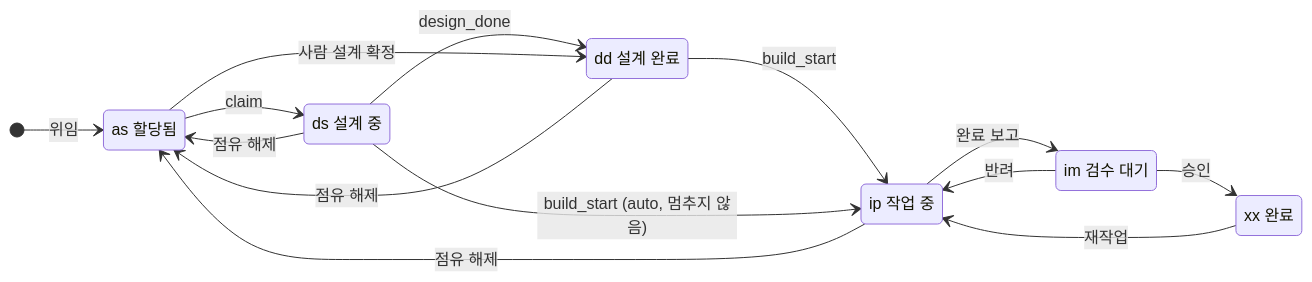
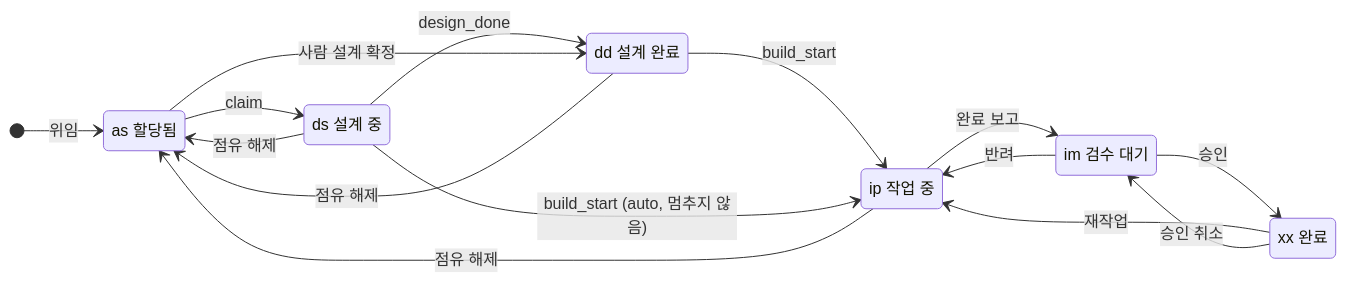
One commit to donseok/wbs-web changed the fourth of 4 diagrams in docs/superpowers/specs/2026-09-26-design-state-dev-auto-design.md. Above: the diagram before and after it, drawn with Mermaid. The commit also changed other lines of this file, not shown here.

````diff
--- a/docs/superpowers/specs/2026-09-26-design-state-dev-auto-design.md
+++ b/docs/superpowers/specs/2026-09-26-design-state-dev-auto-design.md
@@ -177,23 +189,24 @@
 ```mermaid
 stateDiagram-v2
     direction LR
     as: as 할당됨
     ds: ds 설계 중
     dd: dd 설계 완료
     ip: ip 작업 중
     im: im 검수 대기
     xx: xx 완료
     [*] --> as: 위임
     as --> ds: claim
     ds --> dd: design_done
     as --> dd: 사람 설계 확정
     dd --> ip: build_start
     ds --> ip: build_start (auto, 멈추지 않음)
     ip --> im: 완료 보고
     im --> xx: 승인
     im --> ip: 반려
     xx --> ip: 재작업
+    xx --> im: 승인 취소
     ds --> as: 점유 해제
     dd --> as: 점유 해제
     ip --> as: 점유 해제
 ```
````
